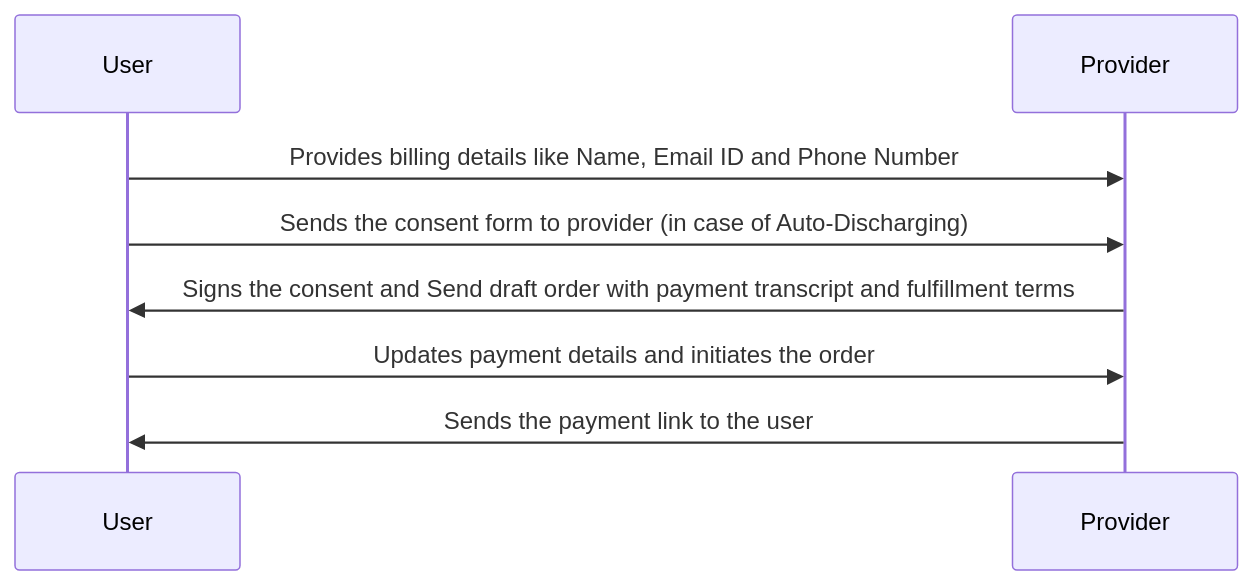
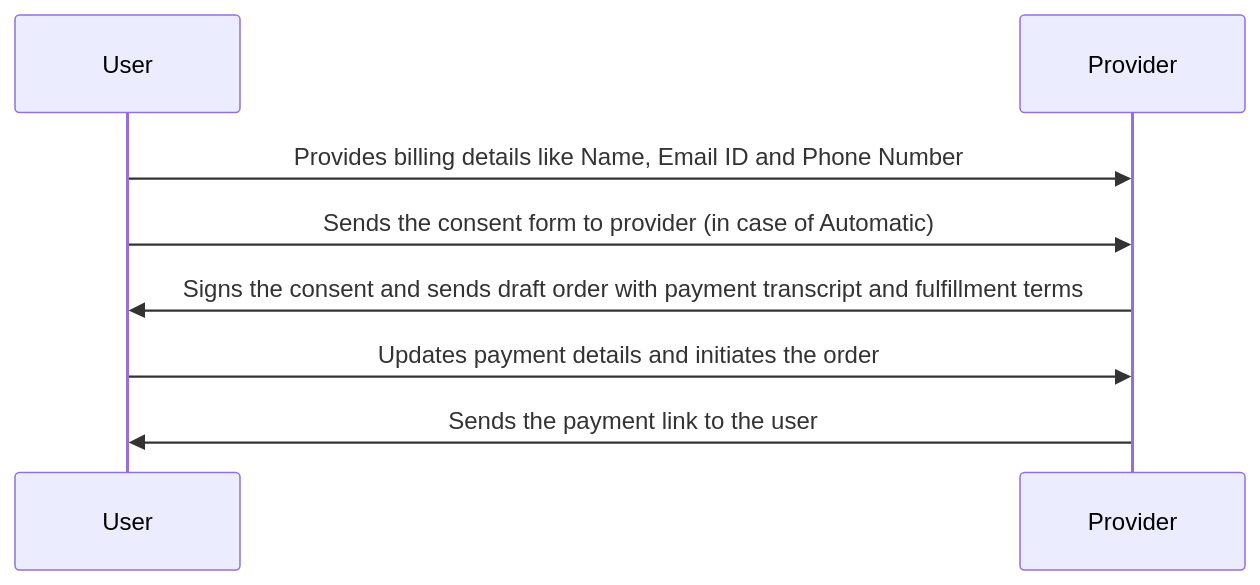
One commit to Sudheesh2609/DENT-Protocol changed the fifth of 8 diagrams in docs/implementation-guides/General_Energy_Transaction_2.md. Above: the diagram before and after it, drawn with Mermaid. The commit also changed other lines of this file, not shown here.

````diff
--- a/docs/implementation-guides/General_Energy_Transaction_2.md
+++ b/docs/implementation-guides/General_Energy_Transaction_2.md
@@ -171,8 +173,8 @@
 ```mermaid
     sequenceDiagram
     User->>Provider: Provides billing details like Name, Email ID and Phone Number
-    User->>Provider: Sends the consent form to provider (in case of Auto-Discharging)
-    Provider->>User: Signs the consent and Send draft order with payment transcript and fulfillment terms
+    User->>Provider: Sends the consent form to provider (in case of Automatic)
+    Provider->>User: Signs the consent and sends draft order with payment transcript and fulfillment terms
     User->>Provider: Updates payment details and initiates the order
     Provider->>User: Sends the payment link to the user
 ```
````
